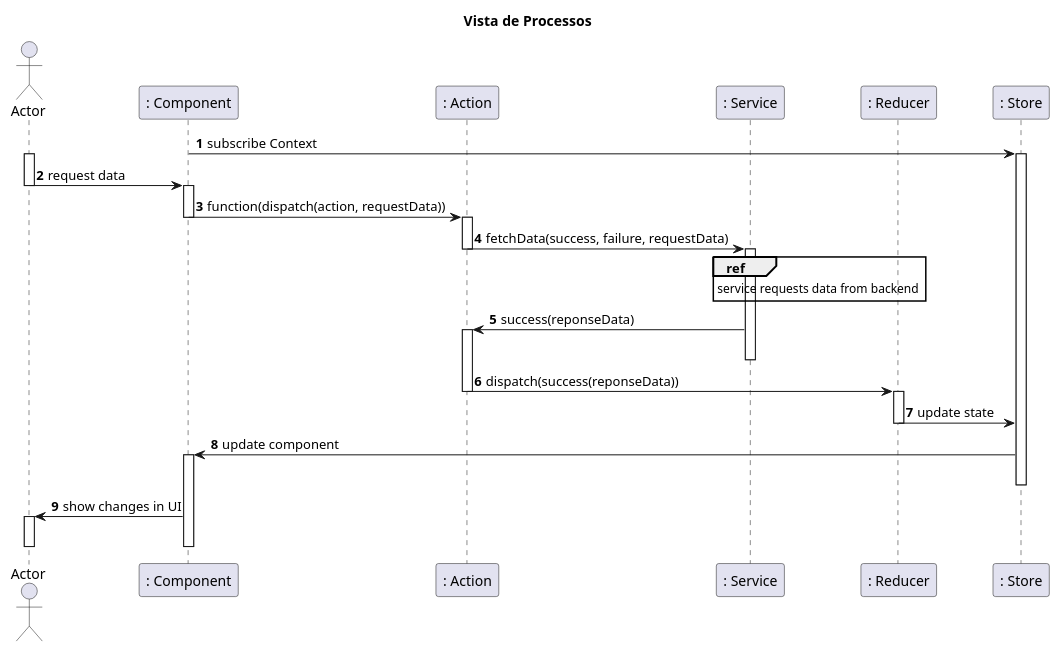
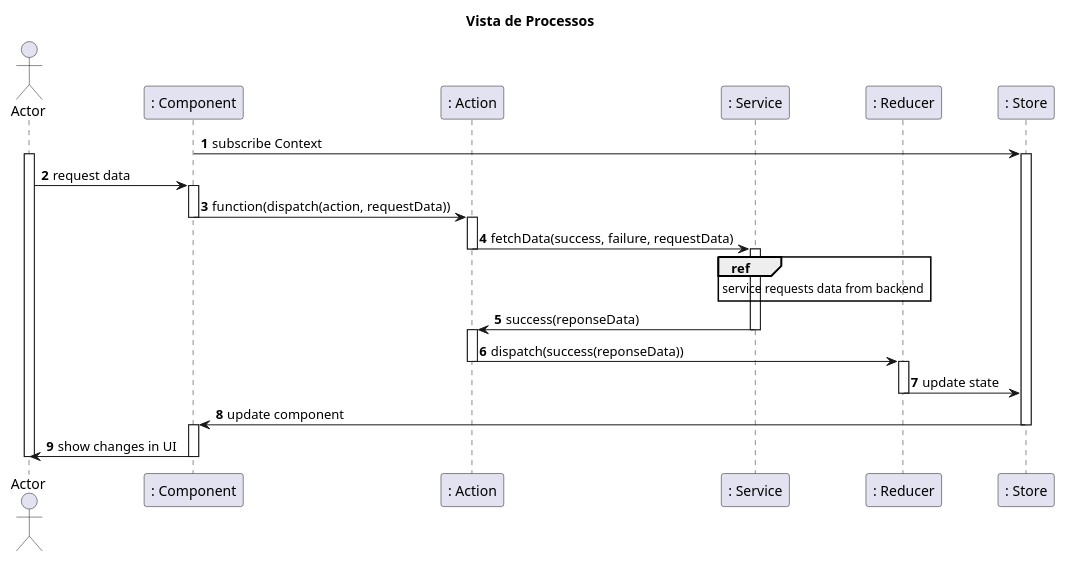
The second of 2 diagrams in docs/sprint7/user_stories/UI_diagrams.md (tomas-osswald/switch_2020_g3), drawn with PlantUML before and after one commit. The commit also changed 2 other files, not shown here.

Commit message:
fix role size on navbar

````diff
--- a/docs/sprint7/user_stories/UI_diagrams.md
+++ b/docs/sprint7/user_stories/UI_diagrams.md
@@ -53,49 +53,48 @@
 ```puml
 autonumber
 title Vista de Processos
 
 actor " Actor" as actor
 participant ": Component" as component
 participant ": Action" as action
 participant ": Service" as service
 participant ": Reducer" as reducer
 participant ": Store" as store
 
 
 component -> store : subscribe Context
 activate store
 
 activate actor
 actor -> component : request data
-deactivate actor
 activate component
 component -> action : function(dispatch(action, requestData))
 deactivate component
 activate action
 
 action -> service : fetchData(success, failure, requestData)
 deactivate action
 activate service
 
 ref over service
 	service requests data from backend 
 end
 
 service -> action : success(reponseData)
+deactivate service
 activate action
-deactivate service
+
 action -> reducer : dispatch(success(reponseData))
 deactivate action
 deactivate action
 activate reducer
 reducer -> store : update state
 deactivate reducer
 store -> component : update component
+deactivate store
 activate component
-deactivate store
 component -> actor : show changes in UI
-activate actor
 deactivate component
 deactivate actor
 
 ```
````
